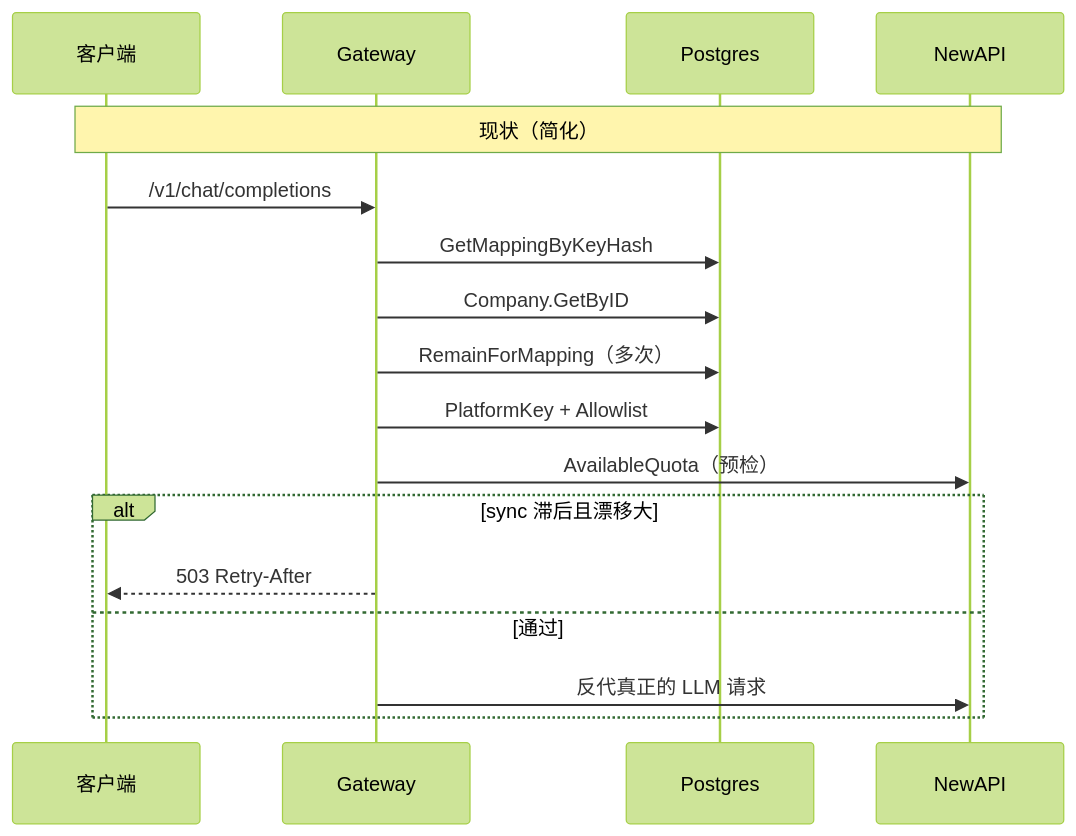
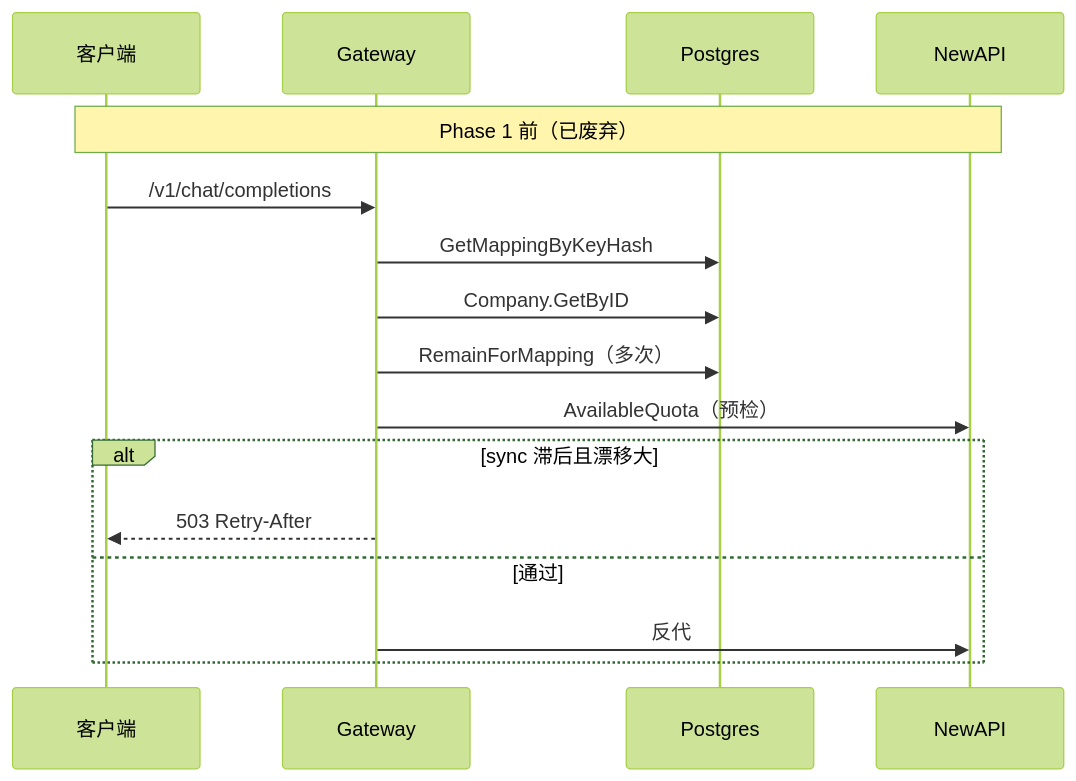
Before and after one commit to quyip8818/mytokenjoy: the second of 8 diagrams in docs/架构简化-分阶段详解.md, drawn with Mermaid (forest theme). The commit also changed other lines of this file and 40 other files, not shown here.

````diff
--- a/docs/架构简化-分阶段详解.md
+++ b/docs/架构简化-分阶段详解.md
@@ -79,20 +83,19 @@
 ```mermaid
 sequenceDiagram
   participant C as 客户端
   participant GW as Gateway
   participant PG as Postgres
   participant NA as NewAPI
 
-  Note over C,NA: 现状（简化）
+  Note over C,NA: Phase 1 前（已废弃）
   C->>GW: /v1/chat/completions
   GW->>PG: GetMappingByKeyHash
   GW->>PG: Company.GetByID
   GW->>PG: RemainForMapping（多次）
-  GW->>PG: PlatformKey + Allowlist
   GW->>NA: AvailableQuota（预检）
   alt sync 滞后且漂移大
     GW-->>C: 503 Retry-After
   else 通过
-    GW->>NA: 反代真正的 LLM 请求
+    GW->>NA: 反代
   end
 ```
````
